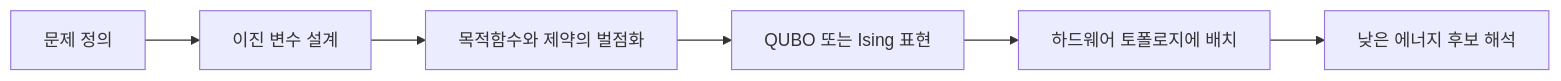
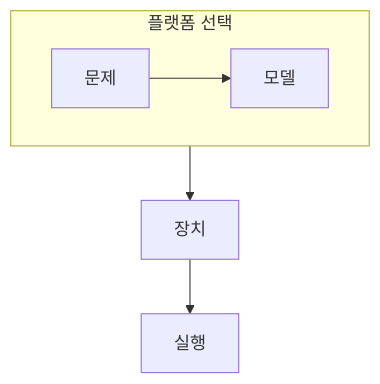
Before and after one commit to umyunsang/edu: the diagram in ComputerScience/03_ai-ml-data/quantum-lecture/notes/05. 양자컴퓨팅 하드웨어에 대한 이해.md, drawn with Mermaid. The commit also changed other lines of this file and 4 other files, not shown here.

````diff
--- a/ComputerScience/03_ai-ml-data/quantum-lecture/notes/05. 양자컴퓨팅 하드웨어에 대한 이해.md
+++ b/ComputerScience/03_ai-ml-data/quantum-lecture/notes/05. 양자컴퓨팅 하드웨어에 대한 이해.md
@@ -125,8 +21,9 @@
 ```mermaid
-flowchart LR
-    A["문제 정의"] --> B["이진 변수 설계"]
-    B --> C["목적함수와 제약의 벌점화"]
-    C --> D["QUBO 또는 Ising 표현"]
-    D --> E["하드웨어 토폴로지에 배치"]
-    E --> F["낮은 에너지 후보 해석"]
+flowchart TB
+    subgraph HW[플랫폼 선택]
+        direction LR
+        A[문제] --> B[모델]
+    end
+    B --> C[장치]
+    C --> D[실행]
 ```
````
